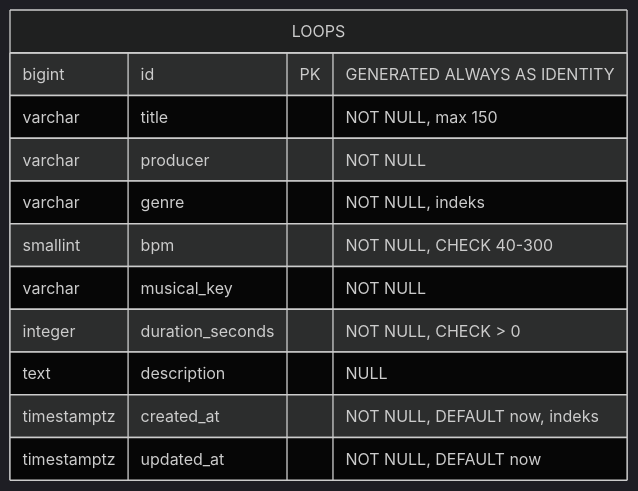
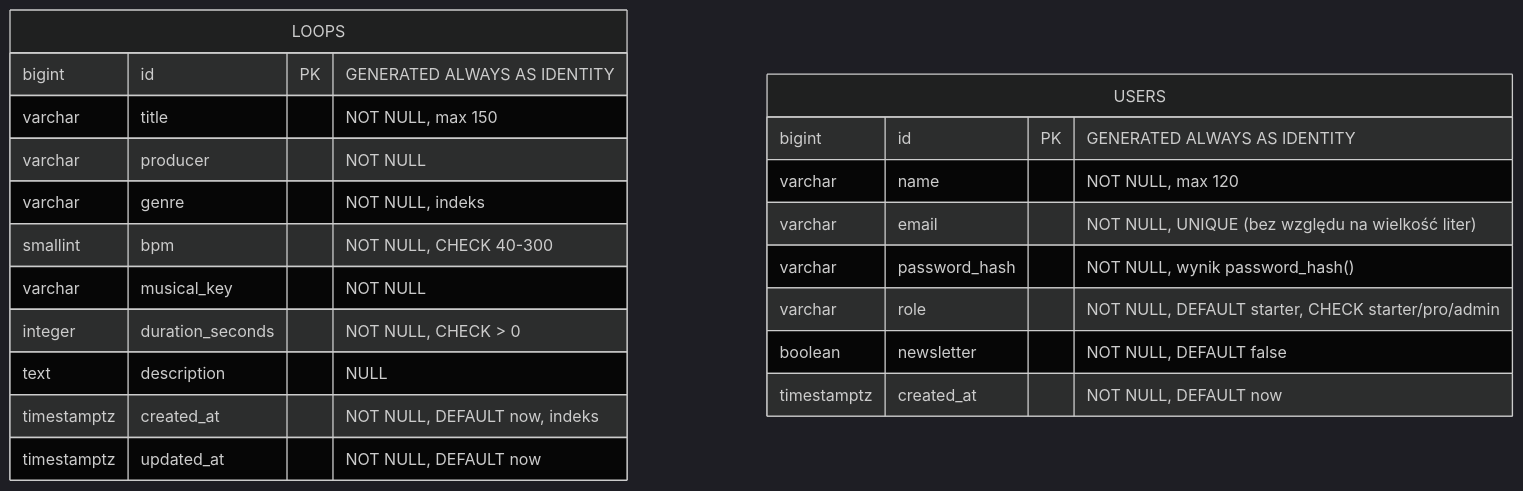
Before and after one commit to meneluero/CookUP: the diagram in README.md, drawn with Mermaid (dark theme). The commit also changed other lines of this file, not shown here.

Commit message:
docs: add users table to ERD and schema update steps

````diff
--- a/README.md
+++ b/README.md
@@ -80,15 +80,24 @@
 ```mermaid
 erDiagram
     LOOPS {
         bigint id PK "GENERATED ALWAYS AS IDENTITY"
         varchar title "NOT NULL, max 150"
         varchar producer "NOT NULL"
         varchar genre "NOT NULL, indeks"
         smallint bpm "NOT NULL, CHECK 40-300"
         varchar musical_key "NOT NULL"
         integer duration_seconds "NOT NULL, CHECK > 0"
         text description "NULL"
         timestamptz created_at "NOT NULL, DEFAULT now, indeks"
         timestamptz updated_at "NOT NULL, DEFAULT now"
     }
+    USERS {
+        bigint id PK "GENERATED ALWAYS AS IDENTITY"
+        varchar name "NOT NULL, max 120"
+        varchar email "NOT NULL, UNIQUE (bez względu na wielkość liter)"
+        varchar password_hash "NOT NULL, wynik password_hash()"
+        varchar role "NOT NULL, DEFAULT starter, CHECK starter/pro/admin"
+        boolean newsletter "NOT NULL, DEFAULT false"
+        timestamptz created_at "NOT NULL, DEFAULT now"
+    }
 ```
````
